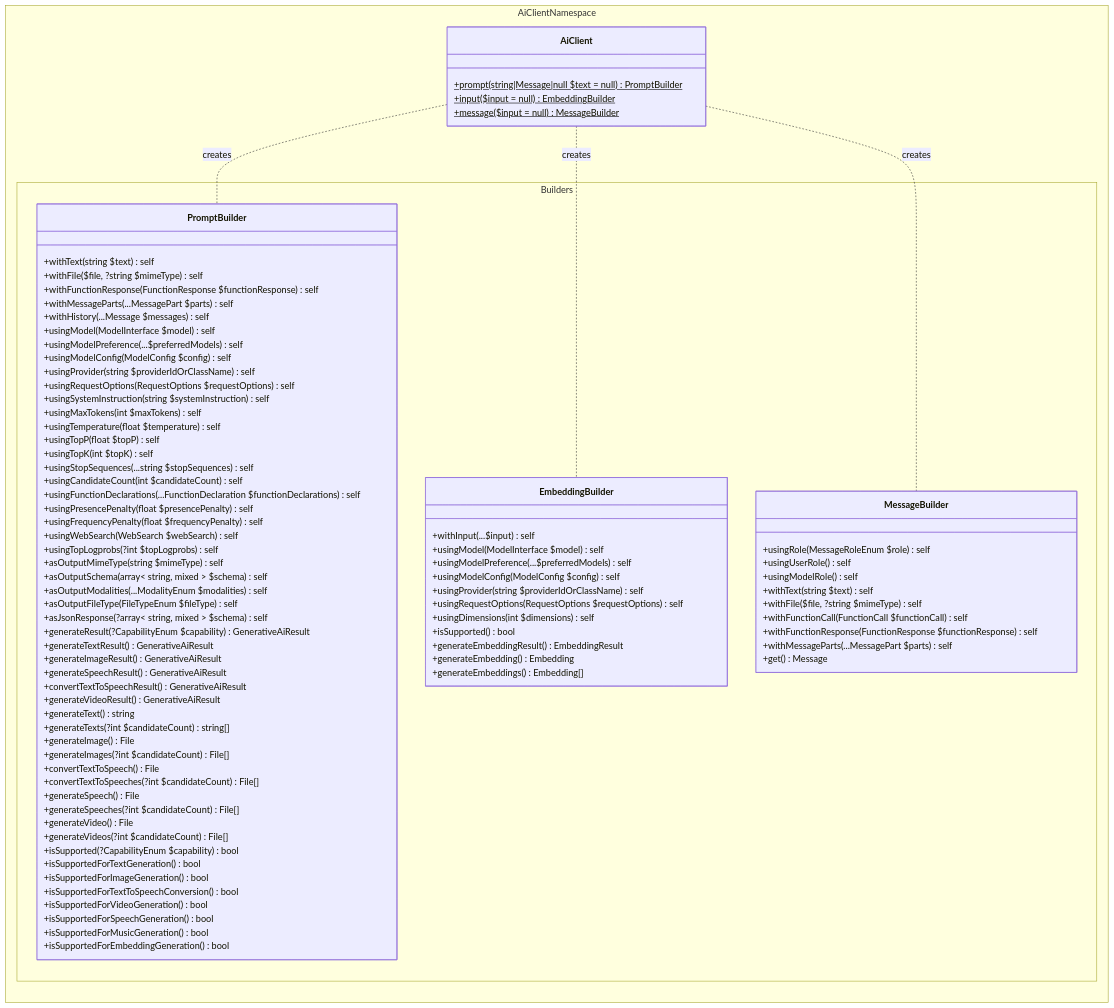
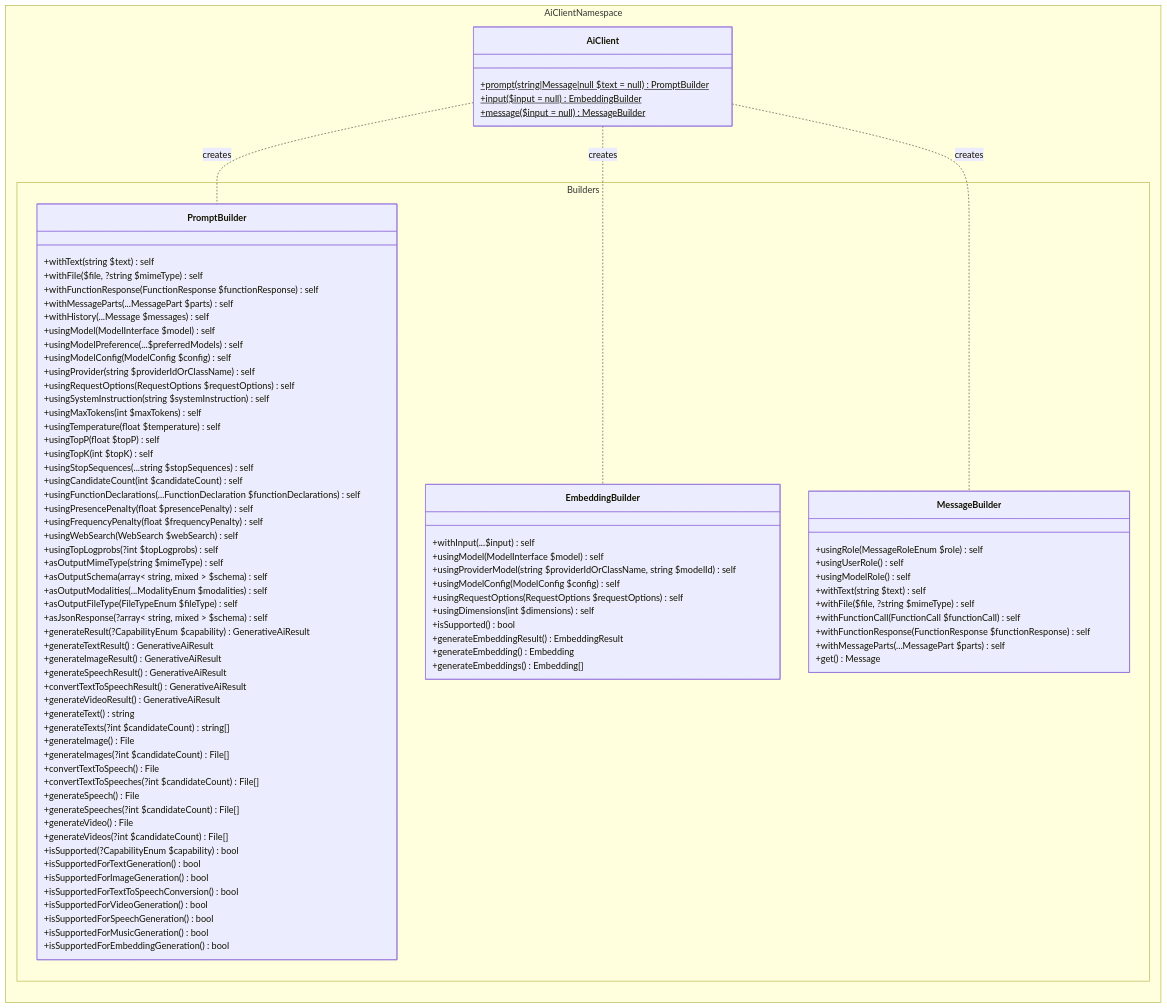
Before and after one commit to WordPress/php-ai-client: the first of 6 diagrams in docs/ARCHITECTURE.md, drawn with Mermaid. The commit also changed other lines of this file and 13 other files, not shown here.

```diff
--- a/docs/ARCHITECTURE.md
+++ b/docs/ARCHITECTURE.md
@@ -409,9 +426,8 @@
         class EmbeddingBuilder {
             +withInput(...$input) self
             +usingModel(ModelInterface $model) self
-            +usingModelPreference(...$preferredModels) self
+            +usingProviderModel(string $providerIdOrClassName, string $modelId) self
             +usingModelConfig(ModelConfig $config) self
-            +usingProvider(string $providerIdOrClassName) self
             +usingRequestOptions(RequestOptions $requestOptions) self
             +usingDimensions(int $dimensions) self
             +isSupported() bool
```
